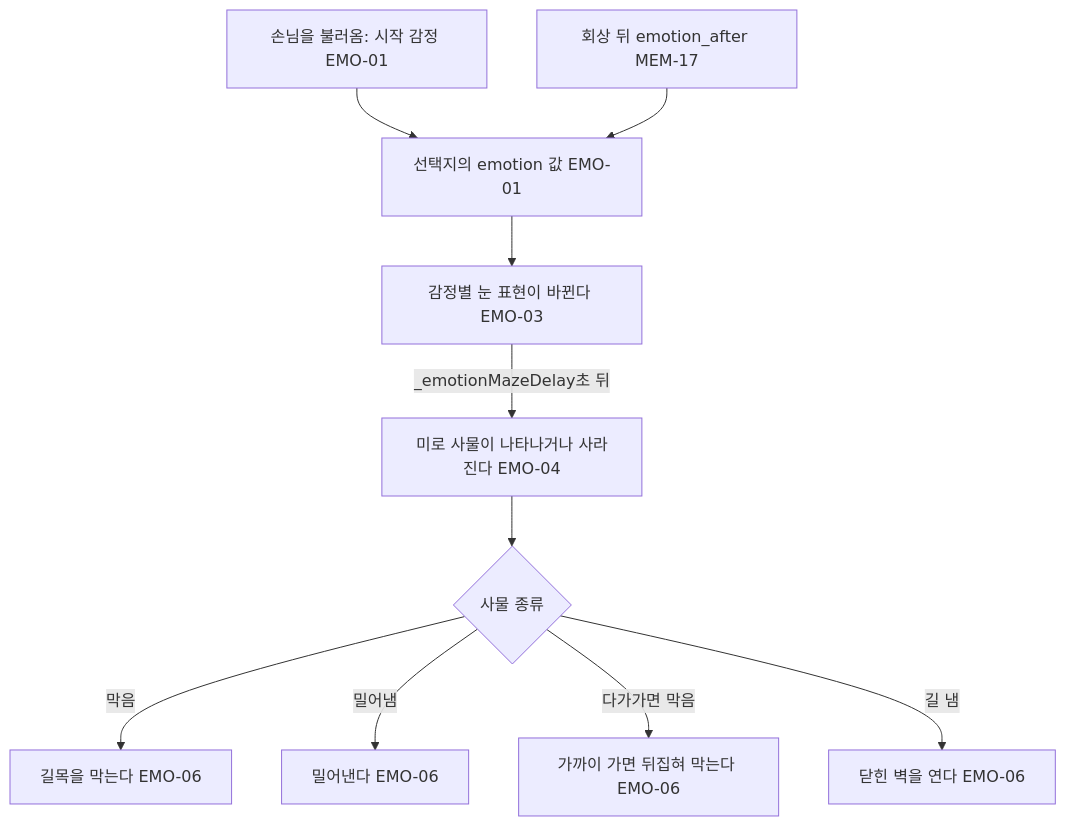
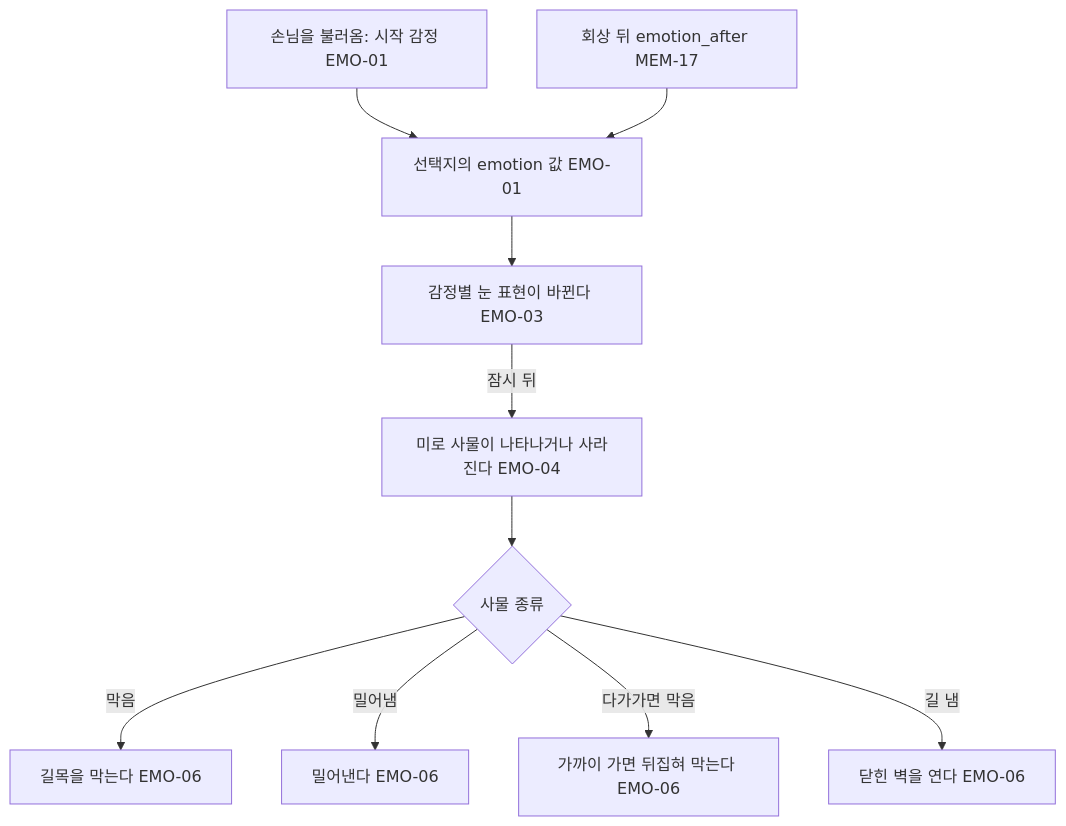
The diagram in docs/specs/emotion-maze.md (xpaklove12-lang/Corner1), drawn with Mermaid before and after one commit. The commit also changed other lines of this file and 11 other files, not shown here.

````diff
--- a/docs/specs/emotion-maze.md
+++ b/docs/specs/emotion-maze.md
@@ -9,12 +9,12 @@
 ```mermaid
 flowchart TD
     A[손님을 불러옴: 시작 감정 EMO-01] --> B[선택지의 emotion 값 EMO-01]
     R[회상 뒤 emotion_after MEM-17] --> B
     B --> C[감정별 눈 표현이 바뀐다 EMO-03]
-    C -->|_emotionMazeDelay초 뒤| D[미로 사물이 나타나거나 사라진다 EMO-04]
+    C -->|잠시 뒤| D[미로 사물이 나타나거나 사라진다 EMO-04]
     D --> E{사물 종류}
     E -->|막음| F[길목을 막는다 EMO-06]
     E -->|밀어냄| G[밀어낸다 EMO-06]
     E -->|다가가면 막음| H[가까이 가면 뒤집혀 막는다 EMO-06]
     E -->|길 냄| I[닫힌 벽을 연다 EMO-06]
 ```
````
